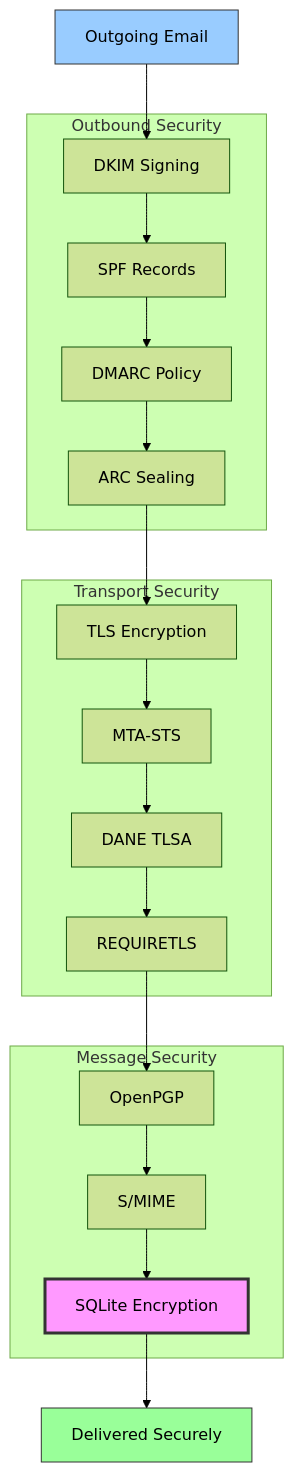
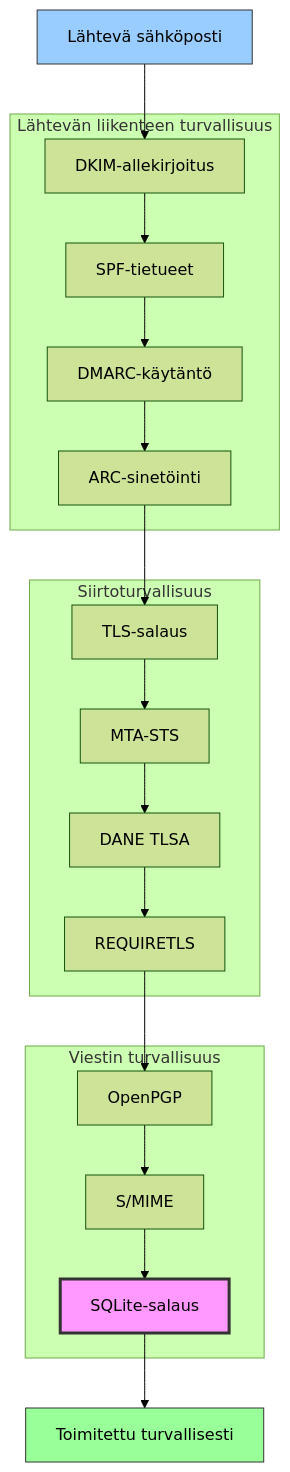
Before and after one commit to forwardemail/forwardemail.net: the fourth of 16 diagrams in app/views/docs/email-protocols-rfc-compliance-imap-smtp-pop3-comparison/index-fi.md, drawn with Mermaid (forest theme). The commit also changed other lines of this file and 1055 other files, not shown here.

````diff
--- a/app/views/docs/email-protocols-rfc-compliance-imap-smtp-pop3-comparison/index-fi.md
+++ b/app/views/docs/email-protocols-rfc-compliance-imap-smtp-pop3-comparison/index-fi.md
@@ -554,39 +551,39 @@
 ```mermaid
 graph TB
-    subgraph "Outbound Security"
-        DKIM[DKIM Signing]
-        SPF[SPF Records]
-        DMARC[DMARC Policy]
-        ARC[ARC Sealing]
+    subgraph "Lähtevän liikenteen turvallisuus"
+        DKIM[DKIM-allekirjoitus]
+        SPF[SPF-tietueet]
+        DMARC[DMARC-käytäntö]
+        ARC[ARC-sinetöinti]
     end
 
-    subgraph "Transport Security"
-        TLS[TLS Encryption]
+    subgraph "Siirtoturvallisuus"
+        TLS[TLS-salaus]
         MTASTS[MTA-STS]
         DANE[DANE TLSA]
         REQTLS[REQUIRETLS]
     end
 
-    subgraph "Message Security"
+    subgraph "Viestin turvallisuus"
         PGP[OpenPGP]
         SMIME[S/MIME]
-        ENCRYPT[SQLite Encryption]
+        ENCRYPT[SQLite-salaus]
     end
 
-    Email[Outgoing Email] --> DKIM
+    Email[Lähtevä sähköposti] --> DKIM
     DKIM --> SPF
     SPF --> DMARC
     DMARC --> ARC
     ARC --> TLS
     TLS --> MTASTS
     MTASTS --> DANE
     DANE --> REQTLS
     REQTLS --> PGP
     PGP --> SMIME
     SMIME --> ENCRYPT
-    ENCRYPT --> Delivered[Delivered Securely]
+    ENCRYPT --> Delivered[Toimitettu turvallisesti]
 
     style Email fill:#9cf,stroke:#333
     style Delivered fill:#9f9,stroke:#333
     style ENCRYPT fill:#f9f,stroke:#333,stroke-width:3px
 ```
````
